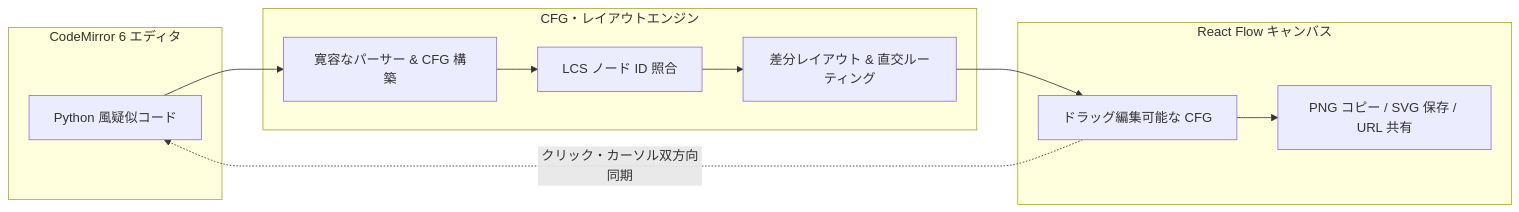
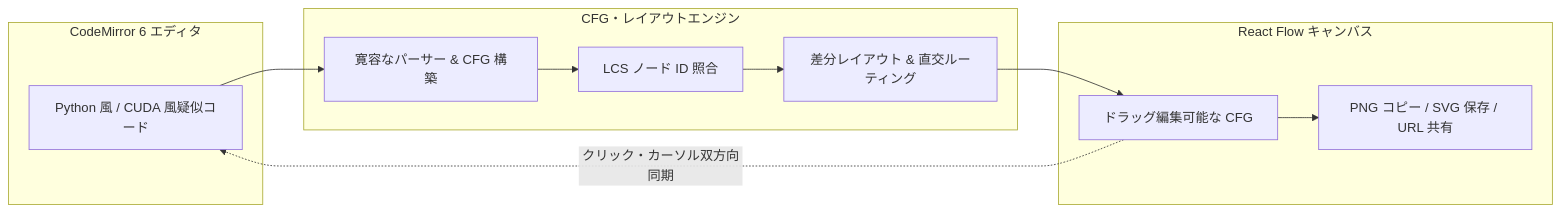
One commit to r4ai/pseudo-cfg changed the first of 2 diagrams in README.ja.md. Above: the diagram before and after it, drawn with Mermaid. The commit also changed other lines of this file and 17 other files, not shown here.

````diff
--- a/README.ja.md
+++ b/README.ja.md
@@ -22,21 +22,21 @@
 ```mermaid
 flowchart LR
     subgraph Editor["CodeMirror 6 エディタ"]
-        Code["Python 風疑似コード"]
+        Code["Python 風 / CUDA 風疑似コード"]
     end
 
     subgraph Engine["CFG・レイアウトエンジン"]
         Parse["寛容なパーサー & CFG 構築"]
         Reconcile["LCS ノード ID 照合"]
         Layout["差分レイアウト & 直交ルーティング"]
     end
 
     subgraph Canvas["React Flow キャンバス"]
         Graph["ドラッグ編集可能な CFG"]
         Export["PNG コピー / SVG 保存 / URL 共有"]
     end
 
     Code --> Parse --> Reconcile --> Layout --> Graph
     Graph --> Export
     Graph -. "クリック・カーソル双方向同期" .-> Code
 ```
````
